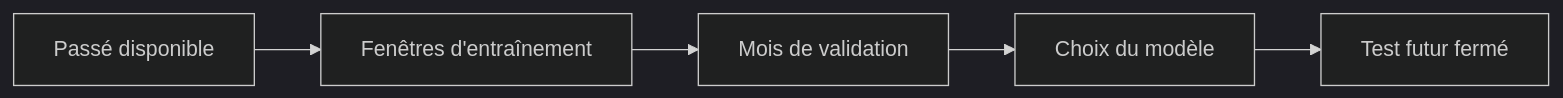
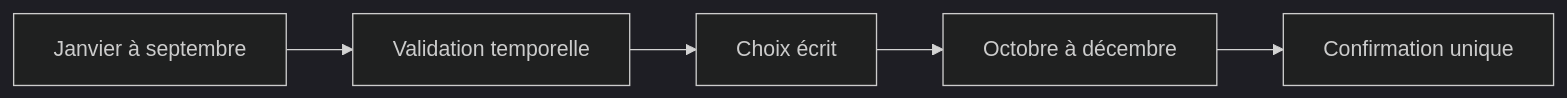
The third of 3 diagrams in jour3/slides.qmd (AurelienNicosiaULaval/eiom-2026-modelisation), drawn with Mermaid (dark theme) before and after one commit. The commit also changed other lines of this file and 12 other files, not shown here.

Commit message:
Refondre la journée 3 autour de la validation temporelle

````diff
--- a/jour3/slides.qmd
+++ b/jour3/slides.qmd
@@ -181,7 +542,8 @@
 ```{mermaid}
+%%| echo: false
 flowchart LR
-  A["Passé disponible"] --> B["Fenêtres d'entraînement"]
-  B --> C["Mois de validation"]
-  C --> D["Choix du modèle"]
-  D --> E["Test futur fermé"]
+  A["Janvier à septembre"] --> B["Validation temporelle"]
+  B --> C["Choix écrit"]
+  C --> D["Octobre à décembre"]
+  D --> E["Confirmation unique"]
 ```
````
